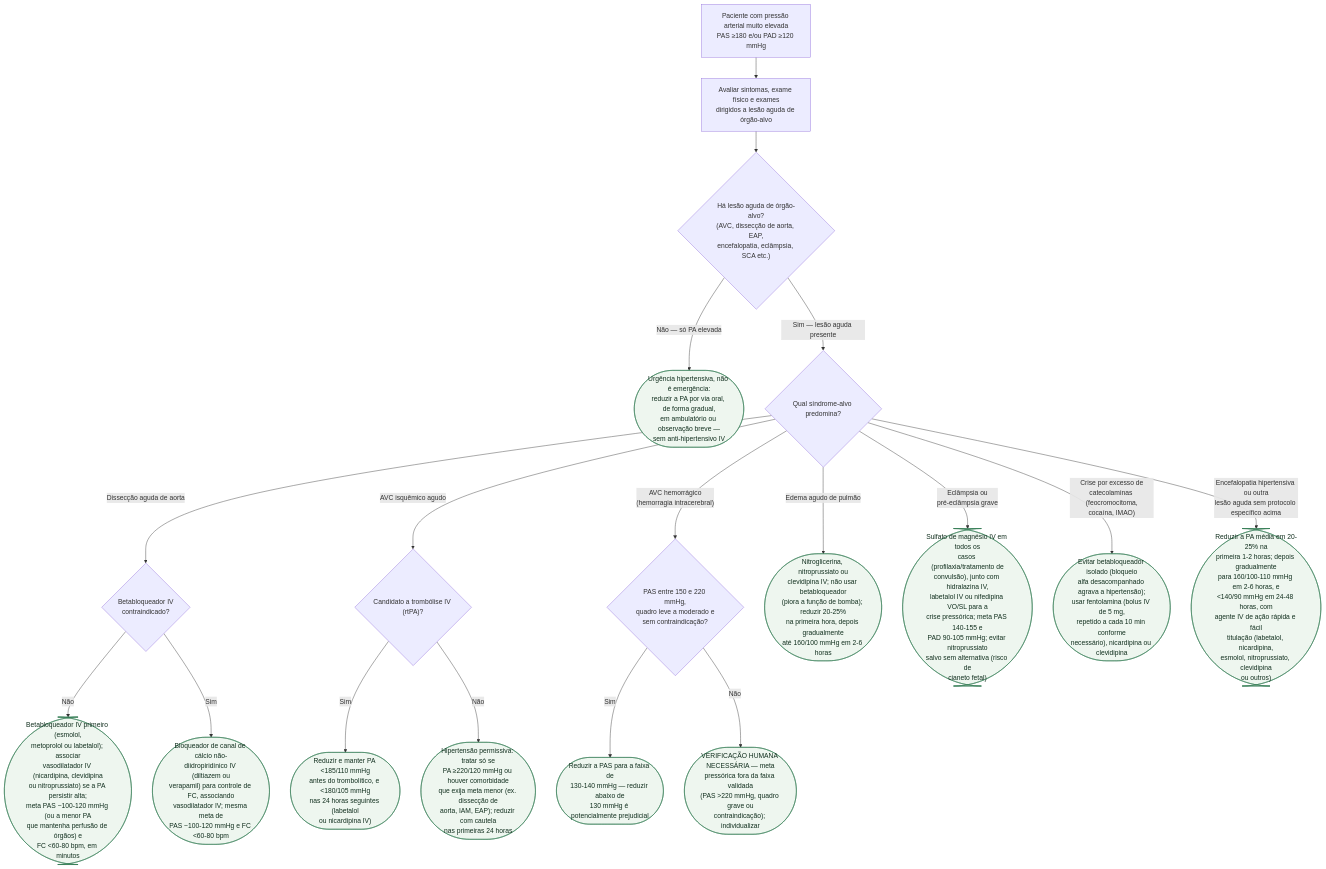
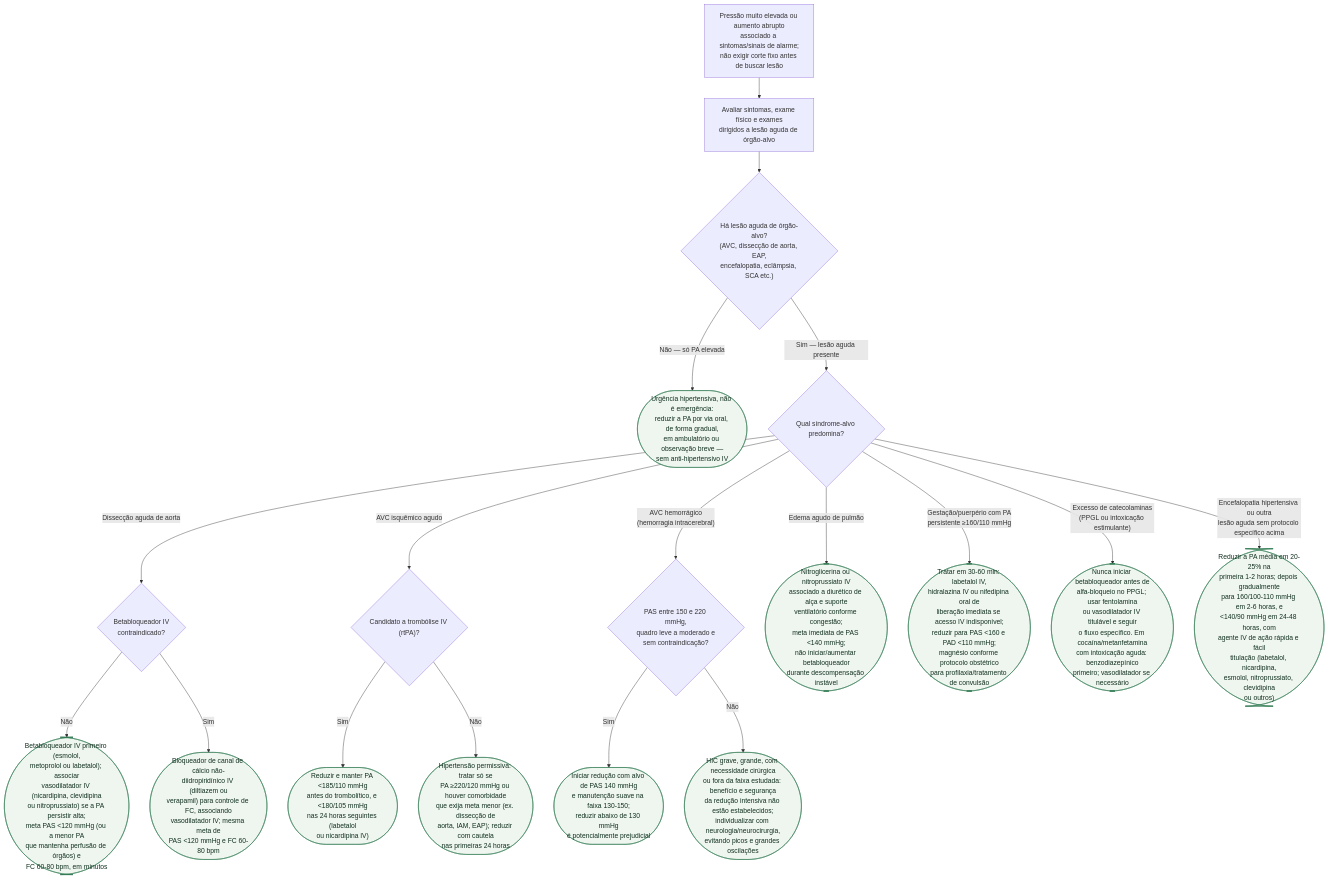
The diagram in content/Hipertensão/fluxograma-emergencia-hipertensiva.md (rafaelpaesmeirelles/MeuCardio), drawn with Mermaid before and after one commit. The commit also changed other lines of this file and 74 other files, not shown here.

````diff
--- a/content/Hipertensão/fluxograma-emergencia-hipertensiva.md
+++ b/content/Hipertensão/fluxograma-emergencia-hipertensiva.md
@@ -24,40 +25,40 @@
 ```mermaid
 flowchart TD
-  R0["Paciente com pressão arterial muito elevada<br/>PAS ≥180 e/ou PAD ≥120 mmHg"]
+  R0["Pressão muito elevada ou aumento abrupto<br/>associado a sintomas/sinais de alarme;<br/>não exigir corte fixo antes de buscar lesão"]
   R0 --> P1["Avaliar sintomas, exame físico e exames<br/>dirigidos a lesão aguda de órgão-alvo"]
 
   P1 --> D1{"Há lesão aguda de órgão-alvo?<br/>(AVC, dissecção de aorta, EAP,<br/>encefalopatia, eclâmpsia, SCA etc.)"}
 
   D1 -->|"Não — só PA elevada"| C1(["Urgência hipertensiva, não é emergência:<br/>reduzir a PA por via oral, de forma gradual,<br/>em ambulatório ou observação breve —<br/>sem anti-hipertensivo IV"])
 
   D1 -->|"Sim — lesão aguda presente"| D2{"Qual síndrome-alvo predomina?"}
 
   D2 -->|"Dissecção aguda de aorta"| D3{"Betabloqueador IV<br/>contraindicado?"}
 
-  D3 -->|"Não"| C2(["Betabloqueador IV primeiro (esmolol,<br/>metoprolol ou labetalol); associar<br/>vasodilatador IV (nicardipina, clevidipina<br/>ou nitroprussiato) se a PA persistir alta;<br/>meta PAS ~100-120 mmHg (ou a menor PA<br/>que mantenha perfusão de órgãos) e<br/>FC <60-80 bpm, em minutos"])
+  D3 -->|"Não"| C2(["Betabloqueador IV primeiro (esmolol,<br/>metoprolol ou labetalol); associar<br/>vasodilatador IV (nicardipina, clevidipina<br/>ou nitroprussiato) se a PA persistir alta;<br/>meta PAS <120 mmHg (ou a menor PA<br/>que mantenha perfusão de órgãos) e<br/>FC 60-80 bpm, em minutos"])
 
-  D3 -->|"Sim"| C3(["Bloqueador de canal de cálcio não-<br/>diidropiridínico IV (diltiazem ou<br/>verapamil) para controle de FC, associando<br/>vasodilatador IV; mesma meta de<br/>PAS ~100-120 mmHg e FC <60-80 bpm"])
+  D3 -->|"Sim"| C3(["Bloqueador de canal de cálcio não-<br/>diidropiridínico IV (diltiazem ou<br/>verapamil) para controle de FC, associando<br/>vasodilatador IV; mesma meta de<br/>PAS <120 mmHg e FC 60-80 bpm"])
 
   D2 -->|"AVC isquêmico agudo"| D4{"Candidato a trombólise IV (rtPA)?"}
 
   D4 -->|"Sim"| C4(["Reduzir e manter PA <185/110 mmHg<br/>antes do trombolítico, e <180/105 mmHg<br/>nas 24 horas seguintes (labetalol<br/>ou nicardipina IV)"])
 
   D4 -->|"Não"| C5(["Hipertensão permissiva: tratar só se<br/>PA ≥220/120 mmHg ou houver comorbidade<br/>que exija meta menor (ex. dissecção de<br/>aorta, IAM, EAP); reduzir com cautela<br/>nas primeiras 24 horas"])
 
   D2 -->|"AVC hemorrágico<br/>(hemorragia intracerebral)"| D5{"PAS entre 150 e 220 mmHg,<br/>quadro leve a moderado e<br/>sem contraindicação?"}
 
-  D5 -->|"Sim"| C6(["Reduzir a PAS para a faixa de<br/>130-140 mmHg — reduzir abaixo de<br/>130 mmHg é potencialmente prejudicial"])
+  D5 -->|"Sim"| C6(["Iniciar redução com alvo de PAS 140 mmHg<br/>e manutenção suave na faixa 130-150;<br/>reduzir abaixo de 130 mmHg<br/>é potencialmente prejudicial"])
 
-  D5 -->|"Não"| C7(["VERIFICAÇÃO HUMANA NECESSÁRIA — meta<br/>pressórica fora da faixa validada<br/>(PAS >220 mmHg, quadro grave ou<br/>contraindicação); individualizar"])
+  D5 -->|"Não"| C7(["HIC grave, grande, com necessidade cirúrgica<br/>ou fora da faixa estudada: benefício e segurança<br/>da redução intensiva não estão estabelecidos;<br/>individualizar com neurologia/neurocirurgia,<br/>evitando picos e grandes oscilações"])
 
-  D2 -->|"Edema agudo de pulmão"| C8(["Nitroglicerina, nitroprussiato ou<br/>clevidipina IV; não usar betabloqueador<br/>(piora a função de bomba); reduzir 20-25%<br/>na primeira hora, depois gradualmente<br/>até 160/100 mmHg em 2-6 horas"])
+  D2 -->|"Edema agudo de pulmão"| C8(["Nitroglicerina ou nitroprussiato IV<br/>associado a diurético de alça e suporte<br/>ventilatório conforme congestão;<br/>meta imediata de PAS <140 mmHg;<br/>não iniciar/aumentar betabloqueador<br/>durante descompensação instável"])
 
-  D2 -->|"Eclâmpsia ou<br/>pré-eclâmpsia grave"| C9(["Sulfato de magnésio IV em todos os<br/>casos (profilaxia/tratamento de<br/>convulsão), junto com hidralazina IV,<br/>labetalol IV ou nifedipina VO/SL para a<br/>crise pressórica; meta PAS 140-155 e<br/>PAD 90-105 mmHg; evitar nitroprussiato<br/>salvo sem alternativa (risco de<br/>cianeto fetal)"])
+  D2 -->|"Gestação/puerpério com PA<br/>persistente ≥160/110 mmHg"| C9(["Tratar em 30-60 min: labetalol IV,<br/>hidralazina IV ou nifedipina oral de<br/>liberação imediata se acesso IV indisponível;<br/>reduzir para PAS <160 e PAD <110 mmHg;<br/>magnésio conforme protocolo obstétrico<br/>para profilaxia/tratamento de convulsão"])
 
-  D2 -->|"Crise por excesso de<br/>catecolaminas (feocromocitoma,<br/>cocaína, IMAO)"| C10(["Evitar betabloqueador isolado (bloqueio<br/>alfa desacompanhado agrava a hipertensão);<br/>usar fentolamina (bolus IV de 5 mg,<br/>repetido a cada 10 min conforme<br/>necessário), nicardipina ou clevidipina"])
+  D2 -->|"Excesso de catecolaminas<br/>(PPGL ou intoxicação estimulante)"| C10(["Nunca iniciar betabloqueador antes de<br/>alfa-bloqueio no PPGL; usar fentolamina<br/>ou vasodilatador IV titulável e seguir<br/>o fluxo específico. Em cocaína/metanfetamina<br/>com intoxicação aguda: benzodiazepínico<br/>primeiro; vasodilatador se necessário"])
 
   D2 -->|"Encefalopatia hipertensiva ou outra<br/>lesão aguda sem protocolo específico acima"| C11(["Reduzir a PA média em 20-25% na<br/>primeira 1-2 horas; depois gradualmente<br/>para 160/100-110 mmHg em 2-6 horas, e<br/><140/90 mmHg em 24-48 horas, com<br/>agente IV de ação rápida e fácil<br/>titulação (labetalol, nicardipina,<br/>esmolol, nitroprussiato, clevidipina<br/>ou outros)"])
 
   classDef conduta fill:#eef6ef,stroke:#2f7a4f,color:#12301f;
   class C1,C2,C3,C4,C5,C6,C7,C8,C9,C10,C11 conduta;
 ```
````
